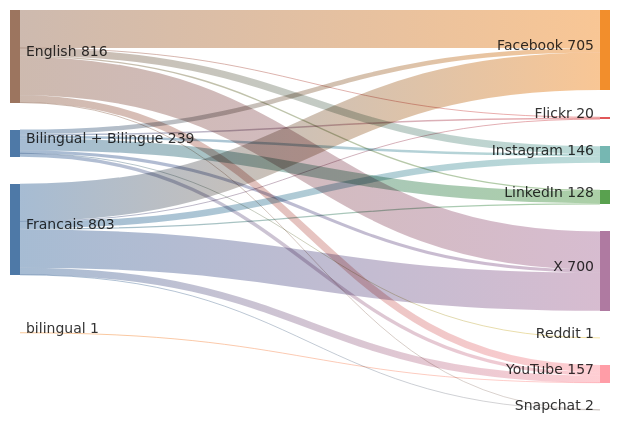
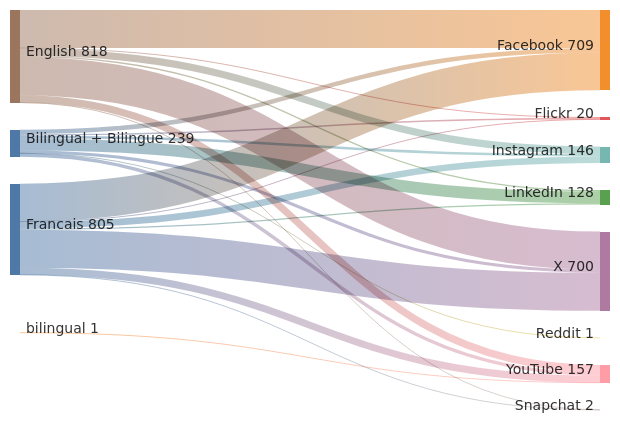
One commit to PatLittle/GC-Socials changed the diagram in sankey_diagram.md. Above: the diagram before and after it, drawn with Mermaid.

Commit message:
Update Sankey diagram for the most recent day

````diff
--- a/sankey_diagram.md
+++ b/sankey_diagram.md
@@ -1,25 +1,25 @@
 ```mermaid
 sankey-beta
   Bilingual + Bilingue,Facebook,40
   Bilingual + Bilingue,Flickr,13
   Bilingual + Bilingue,Instagram,23
   Bilingual + Bilingue,LinkedIn,105
   Bilingual + Bilingue,Reddit,1
   Bilingual + Bilingue,X,27
   Bilingual + Bilingue,YouTube,30
-  English,Facebook,334
+  English,Facebook,336
   English,Flickr,4
   English,Instagram,64
   English,LinkedIn,12
   English,Snapchat,1
   English,X,337
   English,YouTube,64
-  Francais,Facebook,331
+  Francais,Facebook,333
   Francais,Flickr,3
   Francais,Instagram,59
   Francais,LinkedIn,11
   Francais,Snapchat,1
   Francais,X,336
   Francais,YouTube,62
   bilingual,YouTube,1
 ```
````
